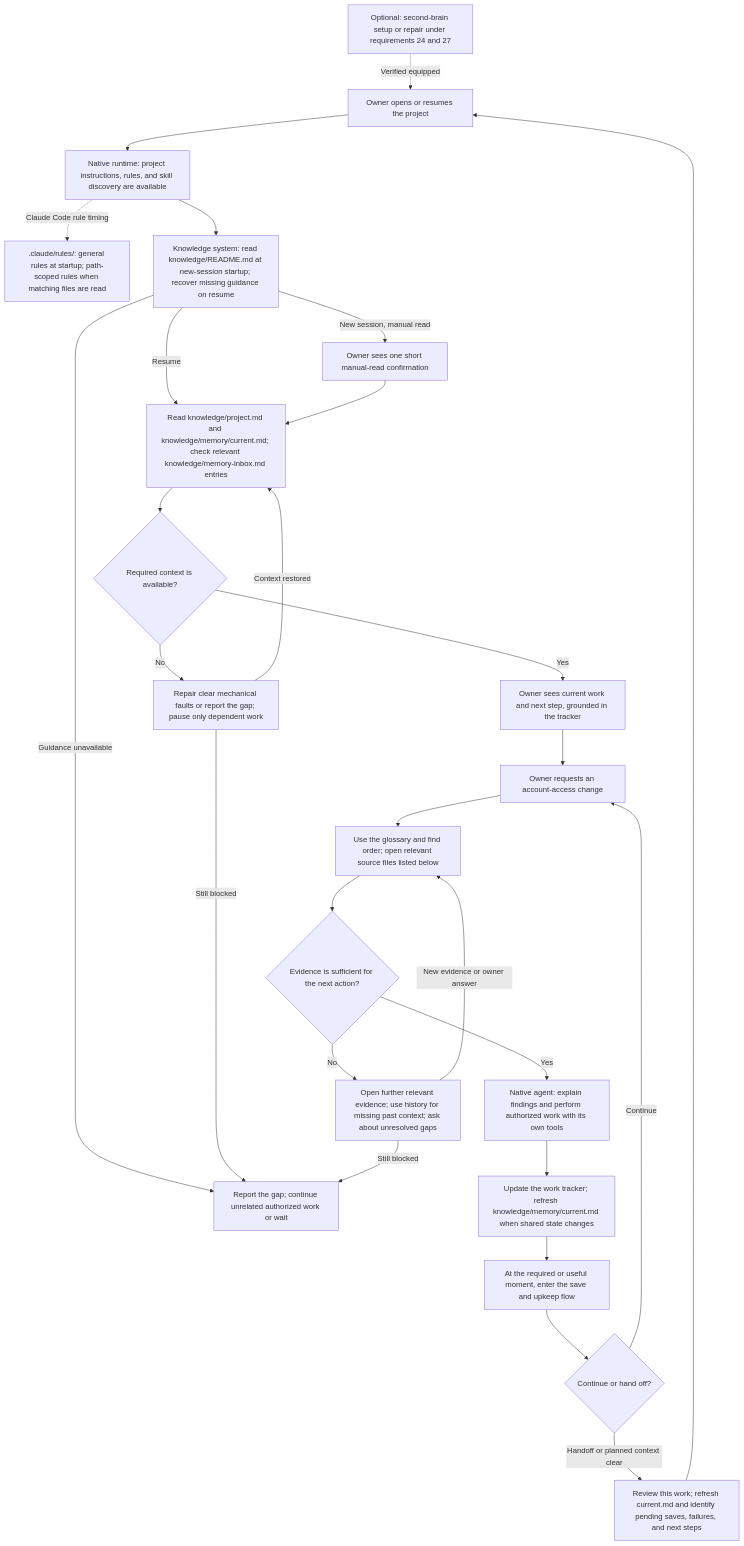
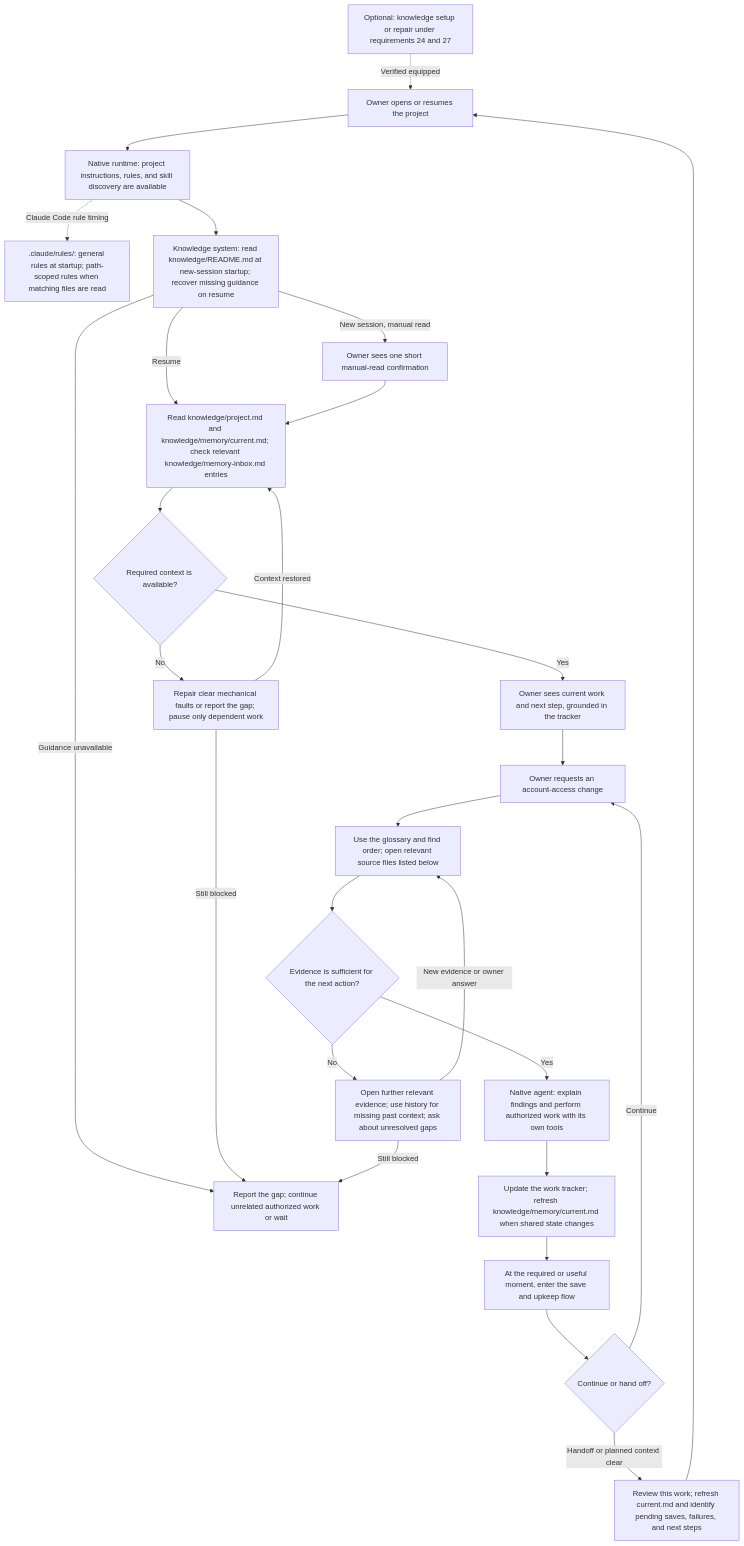
The first of 2 diagrams in knowledge/prds/knowledge-system.md (Mar5929/claude-toolkit), drawn with Mermaid before and after one commit. The commit also changed other lines of this file and 2 other files, not shown here.

Commit message:
docs: separate knowledge capabilities from current mechanisms

````diff
--- a/knowledge/prds/knowledge-system.md
+++ b/knowledge/prds/knowledge-system.md
@@ -202,29 +201,29 @@
 ```mermaid
 flowchart TD
-    S[Optional: second-brain setup or repair under requirements 24 and 27] -. Verified equipped .-> A
+    S[Optional: knowledge setup or repair under requirements 24 and 27] -. Verified equipped .-> A
     A[Owner opens or resumes the project] --> B[Native runtime: project instructions, rules, and skill discovery are available]
     B -. Claude Code rule timing .-> BR[.claude/rules/: general rules at startup; path-scoped rules when matching files are read]
     B --> C[Knowledge system: read knowledge/README.md at new-session startup; recover missing guidance on resume]
     C -- New session, manual read --> D[Owner sees one short manual-read confirmation]
     C -- Guidance unavailable --> Y
     C -- Resume --> E[Read knowledge/project.md and knowledge/memory/current.md; check relevant knowledge/memory-inbox.md entries]
     D --> E
     E --> F{Required context is available?}
     F -- No --> X[Repair clear mechanical faults or report the gap; pause only dependent work]
     X -- Context restored --> E
     X -- Still blocked --> Y[Report the gap; continue unrelated authorized work or wait]
     F -- Yes --> G[Owner sees current work and next step, grounded in the tracker]
     G --> H[Owner requests an account-access change]
     H --> I[Use the glossary and find order; open relevant source files listed below]
     I --> J{Evidence is sufficient for the next action?}
     J -- No --> K[Open further relevant evidence; use history for missing past context; ask about unresolved gaps]
     K -- New evidence or owner answer --> I
     K -- Still blocked --> Y
     J -- Yes --> L[Native agent: explain findings and perform authorized work with its own tools]
     L --> M[Update the work tracker; refresh knowledge/memory/current.md when shared state changes]
     M --> N[At the required or useful moment, enter the save and upkeep flow]
     N --> O{Continue or hand off?}
     O -- Continue --> H
     O -- Handoff or planned context clear --> P[Review this work; refresh current.md and identify pending saves, failures, and next steps]
     P --> A
 ```
````
